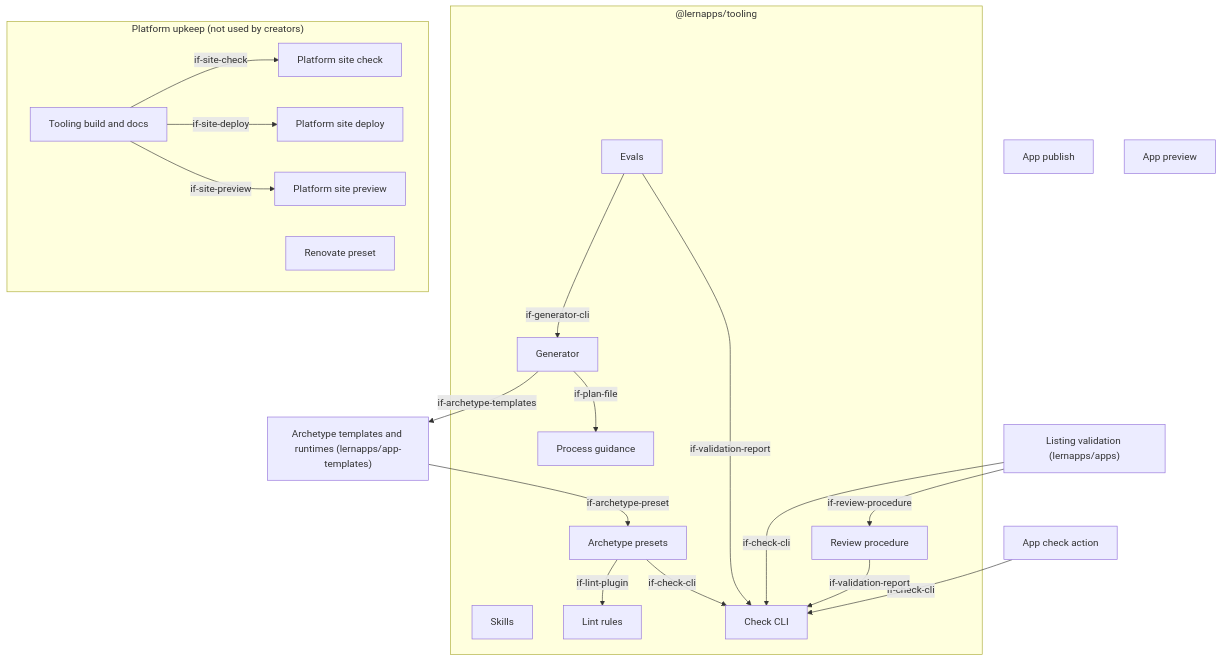
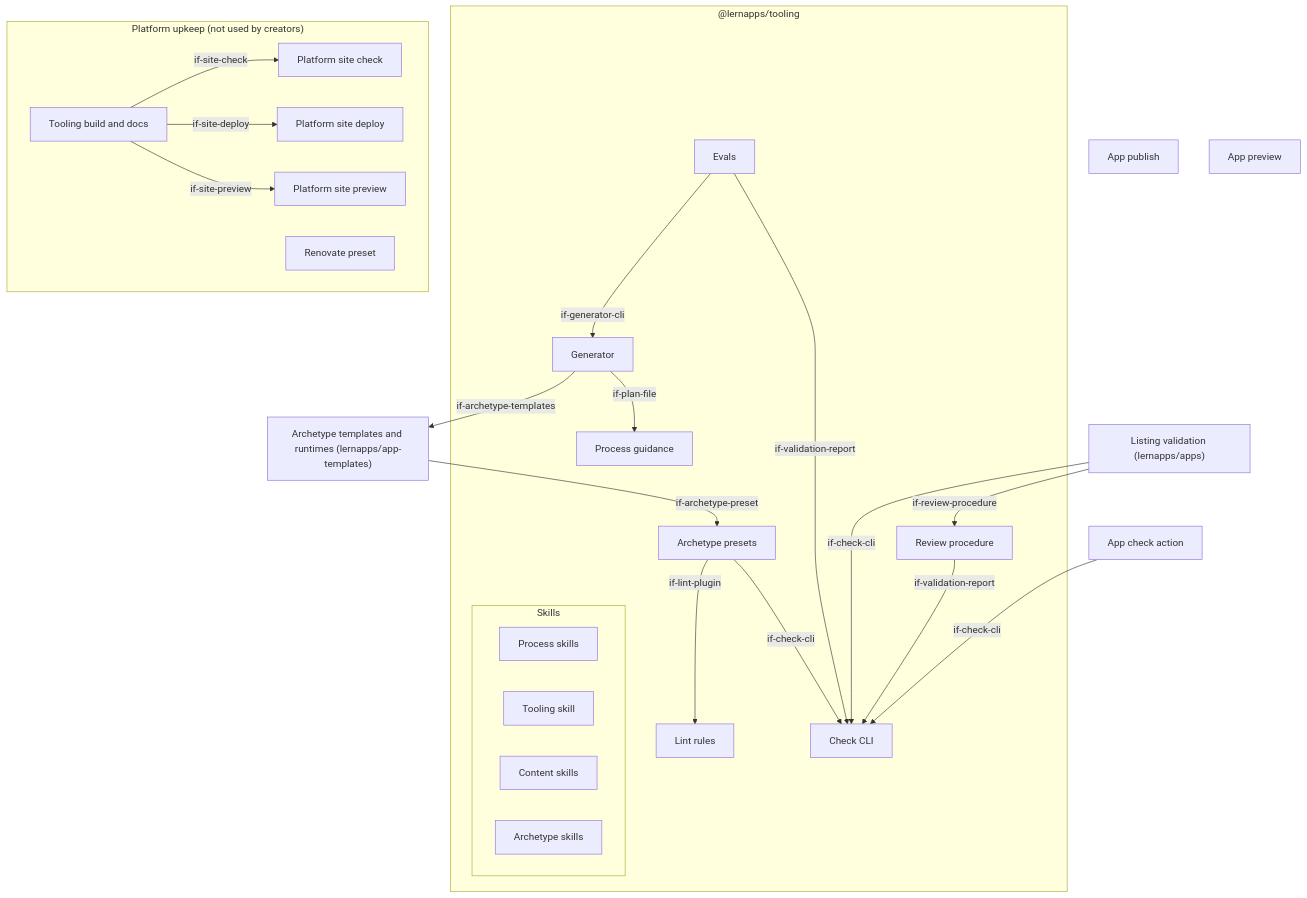
One commit to lernapps/tooling changed the first of 2 diagrams in docs/arc42/05-building-blocks.arc42.md. Above: the diagram before and after it, drawn with Mermaid. The commit also changed other lines of this file and 79 other files, not shown here.

First line of the commit message:
refactor(guidance): one skill per phase, skills grouped by kind, guidance only for the process

````diff
--- a/docs/arc42/05-building-blocks.arc42.md
+++ b/docs/arc42/05-building-blocks.arc42.md
@@ -25,39 +25,44 @@
 ```mermaid
 flowchart TB
     subgraph bb-tooling-package["@lernapps/tooling"]
         bb-process-guidance["Process guidance"]
-        bb-skills["Skills"]
+        subgraph bb-skills["Skills"]
+            bb-skills-process["Process skills"]
+            bb-skills-tooling["Tooling skill"]
+            bb-skills-content["Content skills"]
+            bb-skills-archetypes["Archetype skills"]
+        end
         bb-generator["Generator"]
         bb-archetypes["Archetype presets"]
         bb-lint-rules["Lint rules"]
         bb-check-cli["Check CLI"]
         bb-review-procedure["Review procedure"]
         bb-evals["Evals"]
     end
     bb-app-templates["Archetype templates and runtimes (lernapps/app-templates)"]
     bb-app-check-action["App check action"]
     bb-app-publish["App publish"]
     bb-app-preview["App preview"]
     subgraph bb-platform-upkeep["Platform upkeep (not used by creators)"]
         bb-tooling-build["Tooling build and docs"]
         bb-site-check["Platform site check"]
         bb-site-deploy["Platform site deploy"]
         bb-site-preview["Platform site preview"]
         bb-renovate-preset["Renovate preset"]
     end
     bb-listing-validation["Listing validation (lernapps/apps)"]
     bb-generator -->|"if-archetype-templates"| bb-app-templates
     bb-generator -->|"if-plan-file"| bb-process-guidance
     bb-app-templates -->|"if-archetype-preset"| bb-archetypes
     bb-archetypes -->|"if-lint-plugin"| bb-lint-rules
     bb-archetypes -->|"if-check-cli"| bb-check-cli
     bb-app-check-action -->|"if-check-cli"| bb-check-cli
     bb-listing-validation -->|"if-check-cli"| bb-check-cli
     bb-listing-validation -->|"if-review-procedure"| bb-review-procedure
     bb-review-procedure -->|"if-validation-report"| bb-check-cli
     bb-evals -->|"if-generator-cli"| bb-generator
     bb-evals -->|"if-validation-report"| bb-check-cli
     bb-tooling-build -->|"if-site-check"| bb-site-check
     bb-tooling-build -->|"if-site-deploy"| bb-site-deploy
     bb-tooling-build -->|"if-site-preview"| bb-site-preview
 ```
````
